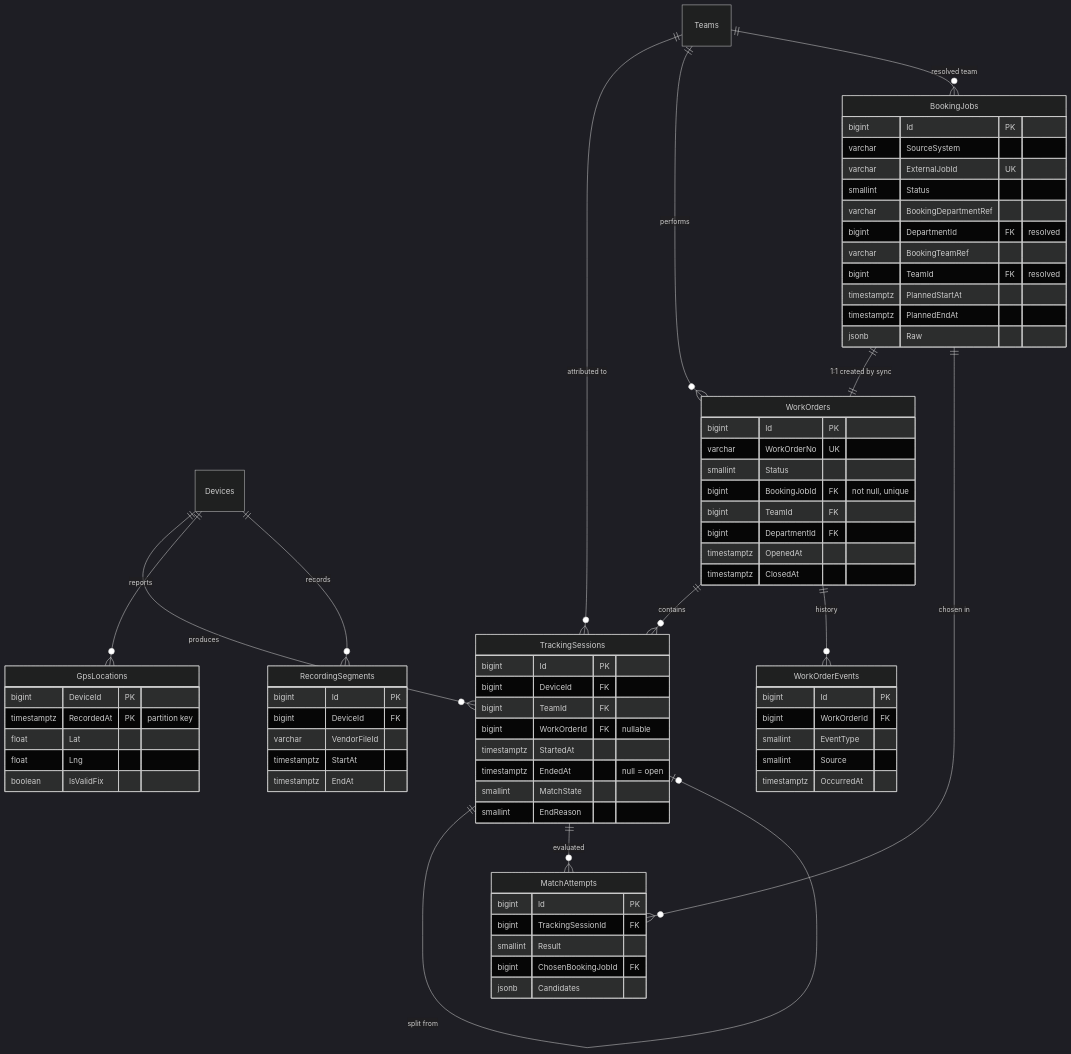
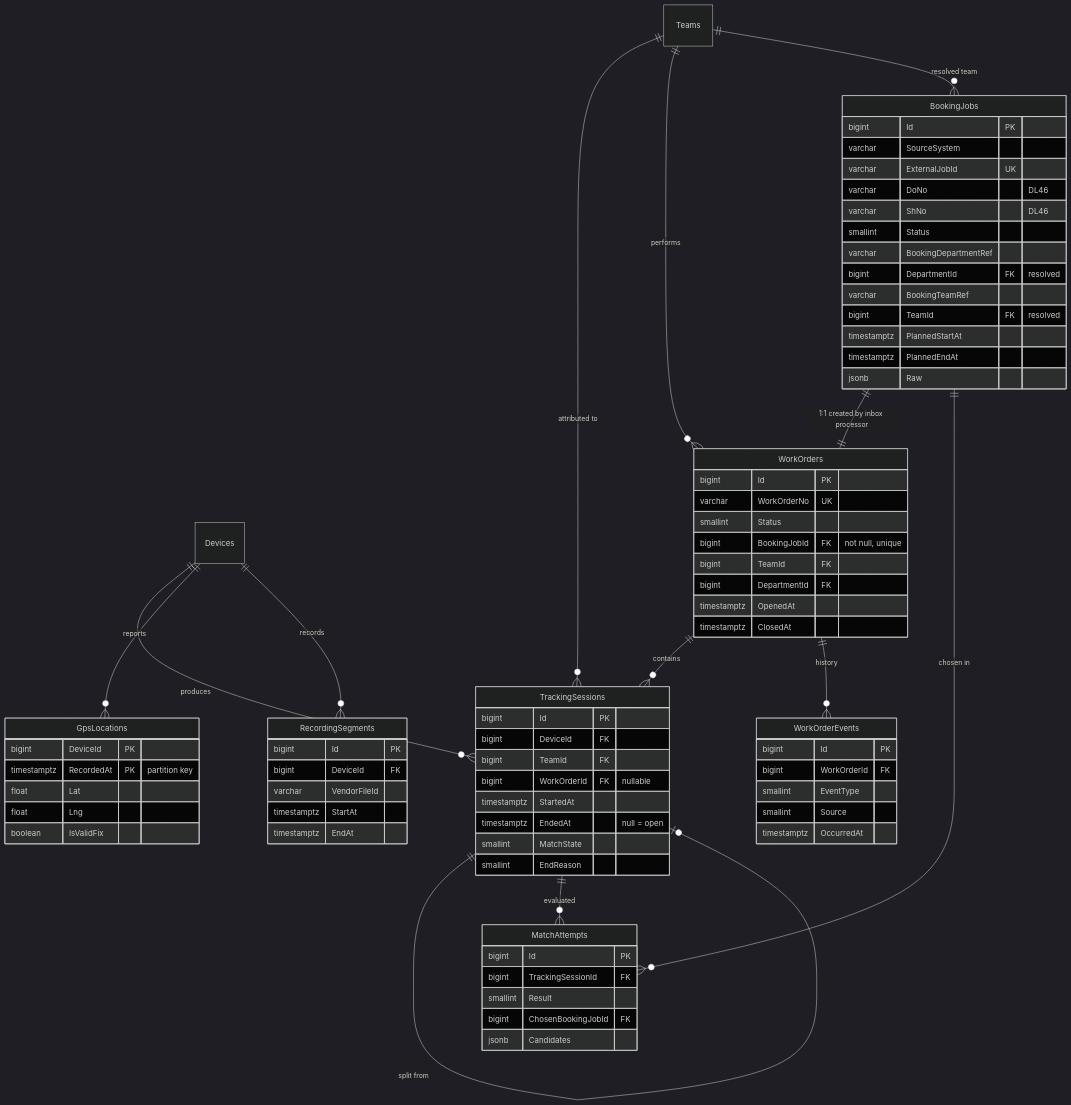
Before and after one commit to b-werayut/psd-bodycam-v1.0: the second of 3 diagrams in docs/blueprint/04-database-design.md, drawn with Mermaid (dark theme). The commit also changed other lines of this file and 15 other files, not shown here.

````diff
--- a/docs/blueprint/04-database-design.md
+++ b/docs/blueprint/04-database-design.md
@@ -129,77 +129,79 @@
 ```mermaid
 erDiagram
   Devices ||--o{ TrackingSessions : produces
   Teams ||--o{ TrackingSessions : "attributed to"
   WorkOrders ||--o{ TrackingSessions : contains
   TrackingSessions ||--o| TrackingSessions : "split from"
   Teams ||--o{ WorkOrders : performs
-  BookingJobs ||--|| WorkOrders : "1:1 created by sync"
+  BookingJobs ||--|| WorkOrders : "1:1 created by inbox processor"
   WorkOrders ||--o{ WorkOrderEvents : history
   TrackingSessions ||--o{ MatchAttempts : evaluated
   BookingJobs ||--o{ MatchAttempts : "chosen in"
   Teams ||--o{ BookingJobs : "resolved team"
   Devices ||--o{ GpsLocations : reports
   Devices ||--o{ RecordingSegments : records
 
   TrackingSessions {
     bigint Id PK
     bigint DeviceId FK
     bigint TeamId FK
     bigint WorkOrderId FK "nullable"
     timestamptz StartedAt
     timestamptz EndedAt "null = open"
     smallint MatchState
     smallint EndReason
   }
   WorkOrders {
     bigint Id PK
     varchar WorkOrderNo UK
     smallint Status
     bigint BookingJobId FK "not null, unique"
     bigint TeamId FK
     bigint DepartmentId FK
     timestamptz OpenedAt
     timestamptz ClosedAt
   }
   BookingJobs {
     bigint Id PK
     varchar SourceSystem
     varchar ExternalJobId UK
+    varchar DoNo "DL46"
+    varchar ShNo "DL46"
     smallint Status
     varchar BookingDepartmentRef
     bigint DepartmentId FK "resolved"
     varchar BookingTeamRef
     bigint TeamId FK "resolved"
     timestamptz PlannedStartAt
     timestamptz PlannedEndAt
     jsonb Raw
   }
   MatchAttempts {
     bigint Id PK
     bigint TrackingSessionId FK
     smallint Result
     bigint ChosenBookingJobId FK
     jsonb Candidates
   }
   WorkOrderEvents {
     bigint Id PK
     bigint WorkOrderId FK
     smallint EventType
     smallint Source
     timestamptz OccurredAt
   }
   GpsLocations {
     bigint DeviceId PK
     timestamptz RecordedAt PK "partition key"
     float Lat
     float Lng
     boolean IsValidFix
   }
   RecordingSegments {
     bigint Id PK
     bigint DeviceId FK
     varchar VendorFileId
     timestamptz StartAt
     timestamptz EndAt
   }
 ```
````
